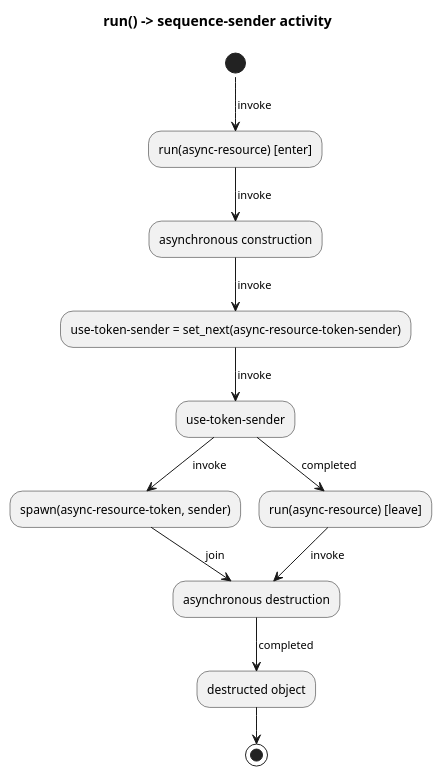
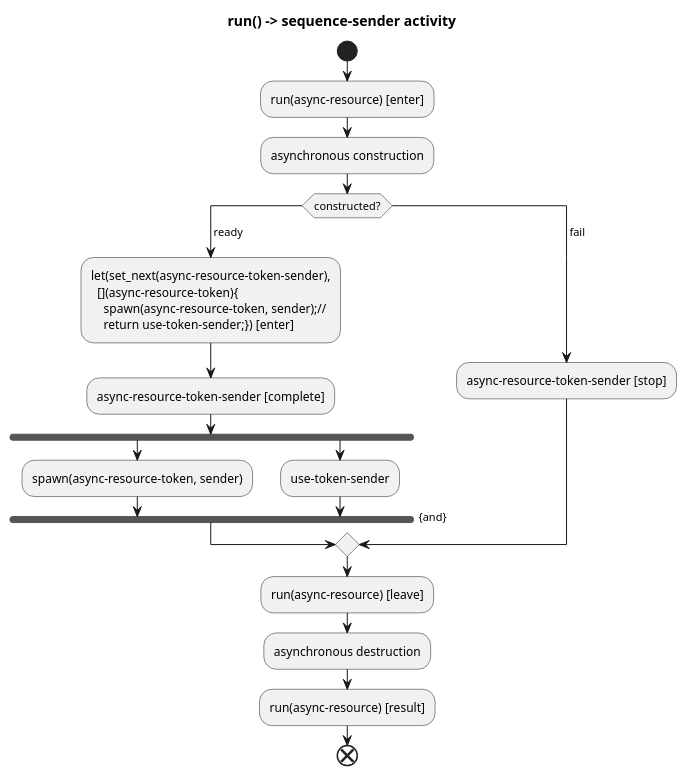
The second of 6 diagrams in async-resource.md (kirkshoop/async_scope), drawn with PlantUML before and after one commit. The commit also changed other lines of this file, not shown here.

Commit message:
show failure branches in activity diagrams

````diff
--- a/async-resource.md
+++ b/async-resource.md
@@ -326,21 +354,42 @@
 ```plantuml
 !pragma layout smetana
 title "run() -> sequence-sender activity"
 
-(*) -->[invoke] "run(async-resource) [enter]"
--->[invoke] "asynchronous construction"
--->[invoke] "use-token-sender = set_next(async-resource-token-sender)" 
+start
+:run(async-resource) [enter];
 
--->[invoke] "use-token-sender"
+:asynchronous construction;
 
--->[invoke] "spawn(async-resource-token, sender)"
--->[join] "asynchronous destruction"
+switch (constructed?)
+case ( ready )
 
-"use-token-sender" -->[completed] "run(async-resource) [leave]"
+:let(set_next(async-resource-token-sender), 
+  [](async-resource-token){
+    spawn(async-resource-token, sender);//
+    return use-token-sender;}) [enter];
 
--->[invoke] "asynchronous destruction"
+:async-resource-token-sender [complete];
 
--->[completed] "destructed object"
+fork
+  :spawn(async-resource-token, sender);
+fork again
+  :use-token-sender;
+end fork {and}
 
--->(*)
+case ( fail )
+
+'alignment
+label sp_0
+label sp_1
+label sp_2
+
+:async-resource-token-sender [stop];
+endswitch
+
+:run(async-resource) [leave];
+
+:asynchronous destruction;
+
+:run(async-resource) [result];
+end
 ```
````
